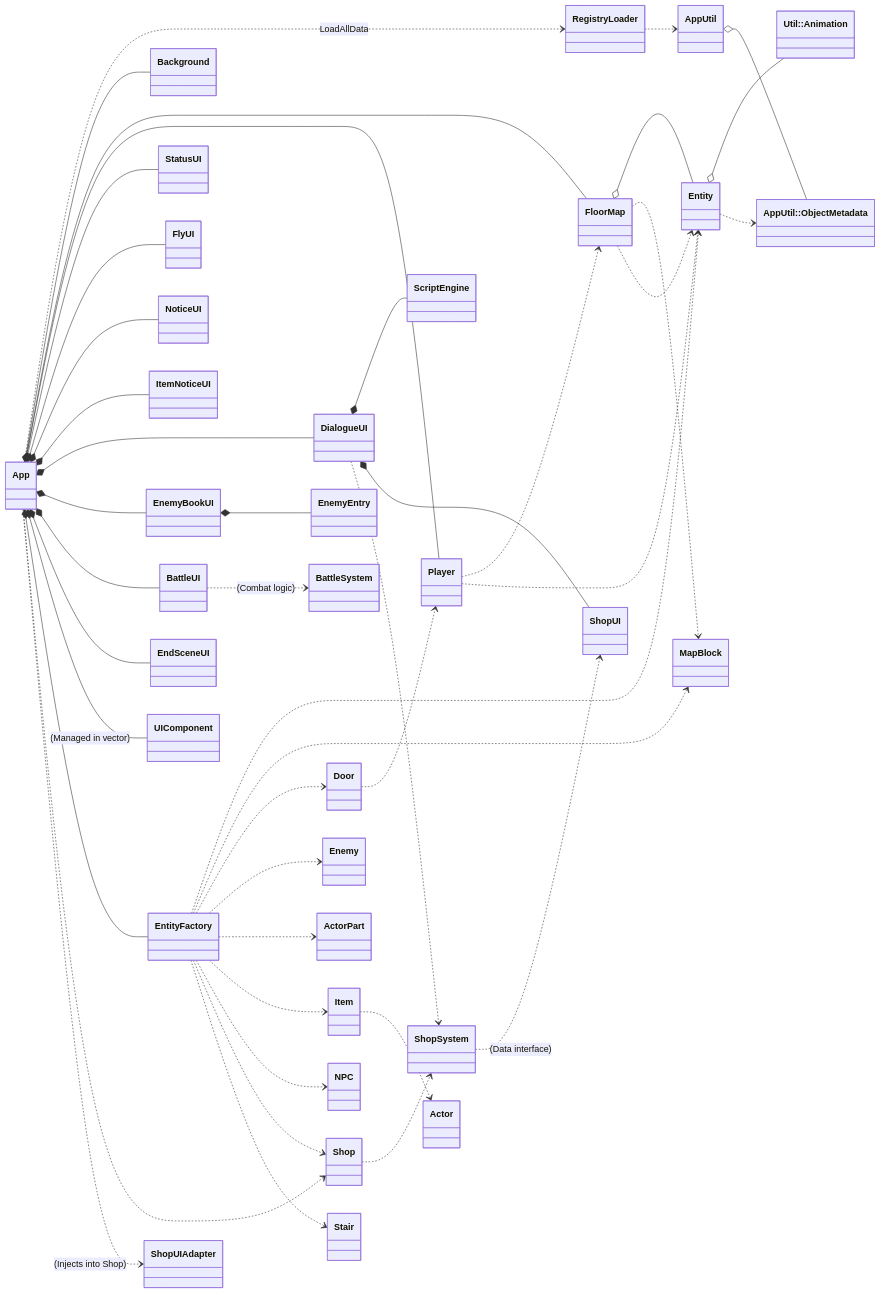
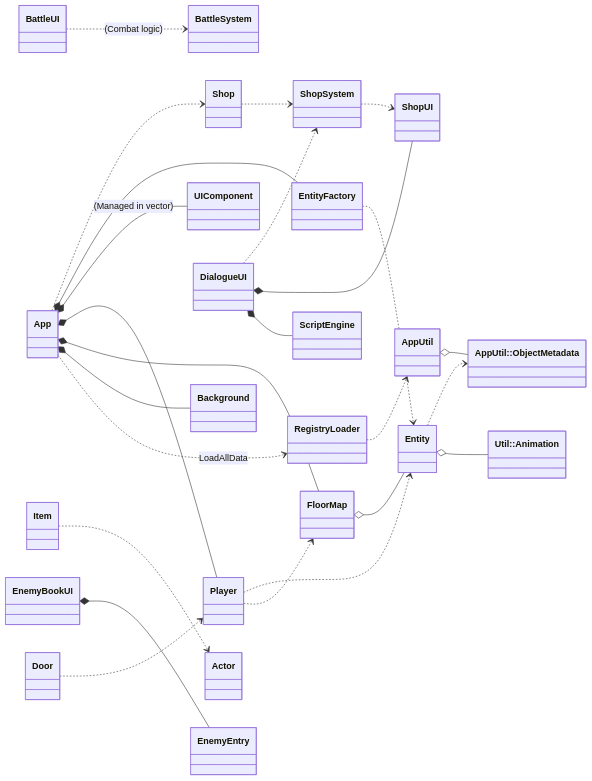
Before and after one commit to XWJWPIY/schoolwork_recreate_magic_tower: the fifth of 5 diagrams in Constructure.md, drawn with Mermaid. The commit also changed other lines of this file, not shown here.

````diff
--- a/Constructure.md
+++ b/Constructure.md
@@ -612,56 +586,37 @@
 ```mermaid
 classDiagram
     direction LR
     class Animation["Util::Animation"]
     class ObjectMetadata["AppUtil::ObjectMetadata"]
 
     App ..> RegistryLoader : LoadAllData
     App *-- Background
     App *-- FloorMap
     App *-- Player
-    App *-- StatusUI
-    App *-- FlyUI
-    App *-- NoticeUI
-    App *-- ItemNoticeUI
-    App *-- DialogueUI
-    App *-- EnemyBookUI
-    App *-- BattleUI
-    App *-- EndSceneUI
     App *-- UIComponent : (Managed in vector)
     App *-- EntityFactory
     App ..> Shop
+
     DialogueUI *-- ScriptEngine
     DialogueUI *-- ShopUI
     DialogueUI ..> ShopSystem
-    ShopSystem ..> ShopUI : (Data interface)
+    ShopSystem ..> ShopUI
     Shop ..> ShopSystem
     BattleUI ..> BattleSystem : (Combat logic)
 
     EntityFactory ..> Entity
-    EntityFactory ..> MapBlock
-    EntityFactory ..> Door
-    EntityFactory ..> Enemy
-    EntityFactory ..> ActorPart
-    EntityFactory ..> Item
-    EntityFactory ..> NPC
-    EntityFactory ..> Shop
-    EntityFactory ..> Stair
-
     FloorMap o-- Entity
-    FloorMap ..> MapBlock
-    FloorMap ..> Entity
-
     Entity o-- Animation
     Entity ..> ObjectMetadata
 
     Player ..> FloorMap
     Player ..> Entity
     Door ..> Player
     Item ..> Actor
-    App ..> ShopUIAdapter : (Injects into Shop)
 
+    class EnemyEntry
     EnemyBookUI *-- EnemyEntry
 
     RegistryLoader ..> AppUtil
     AppUtil o-- ObjectMetadata
 ```
````
